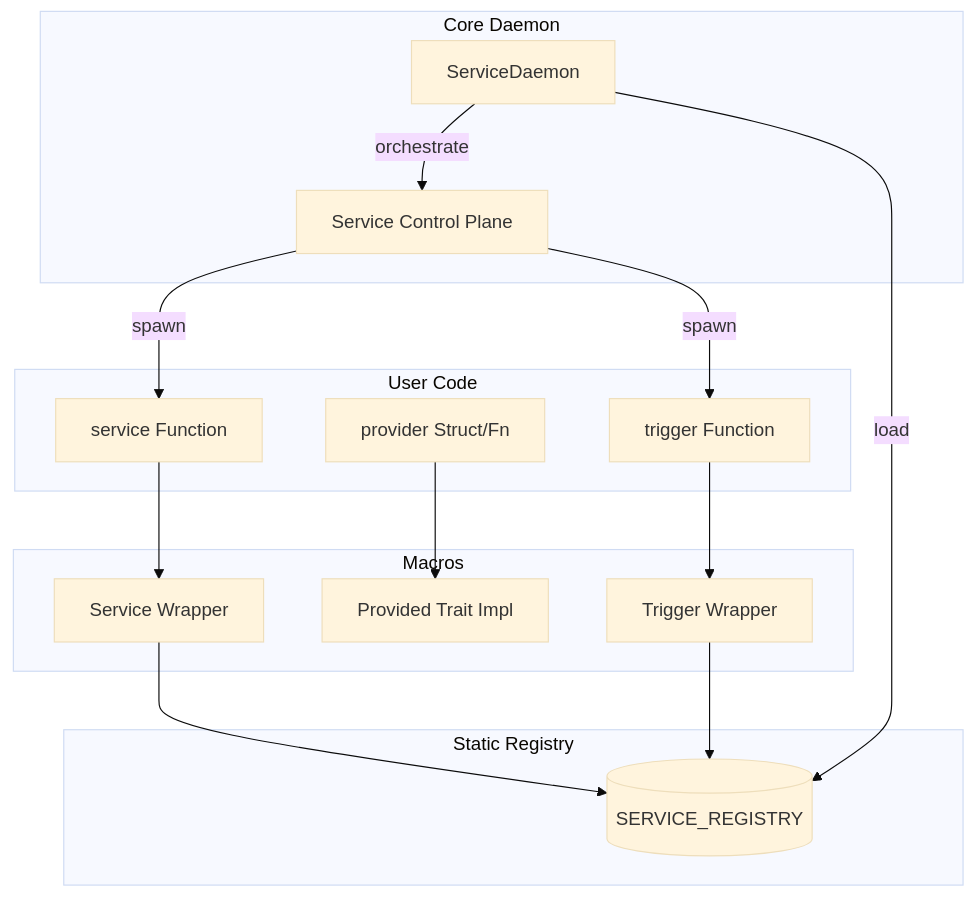
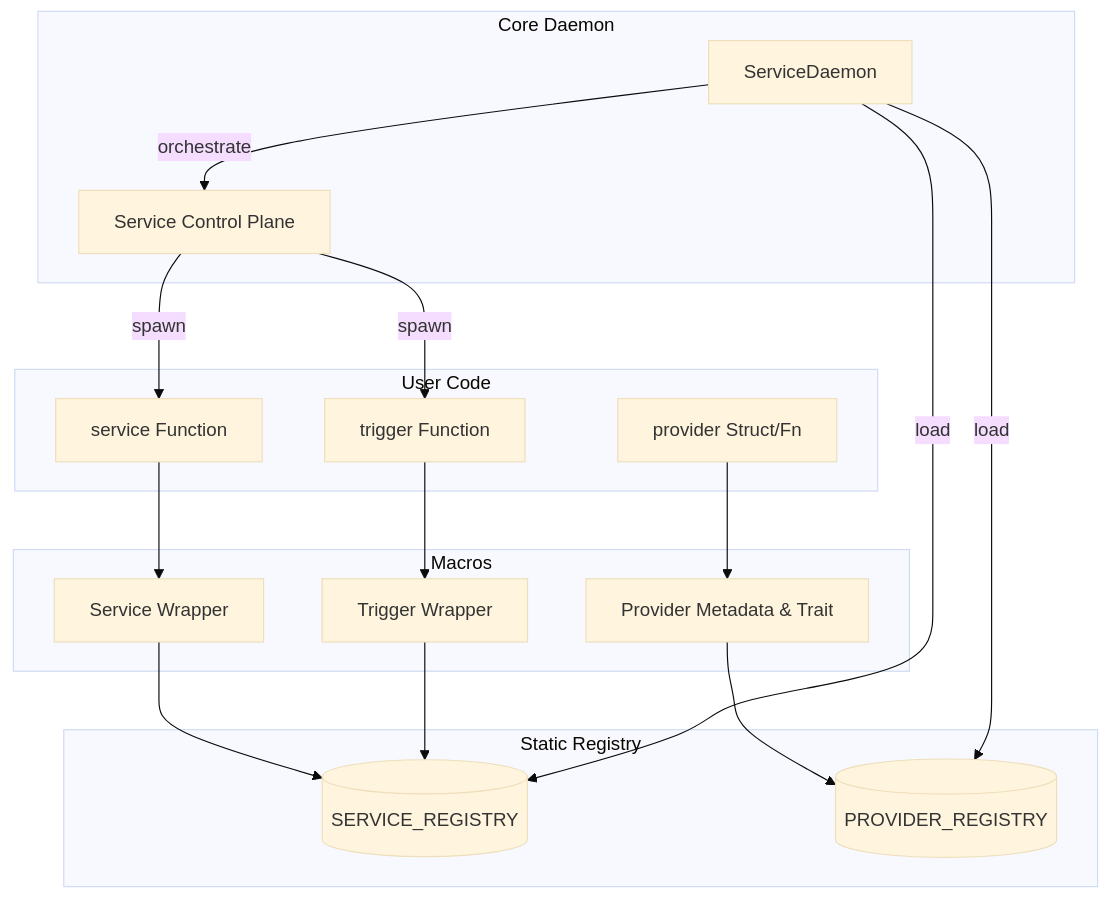
Before and after one commit to loft-games/service-daemon-rs: the first of 2 diagrams in docs/architecture/internal-overview.md, drawn with Mermaid (base theme). The commit also changed other lines of this file and 23 other files, not shown here.

Commit message:
feat: Implement compile-time dependency graph validation for services and providers, refactor macro codegen to use shared helpers for DI and watchers, and update service identity to use static names for improved performance.

````diff
--- a/docs/architecture/internal-overview.md
+++ b/docs/architecture/internal-overview.md
@@ -30,32 +30,33 @@
 ```mermaid
 graph TD
     subgraph User_Code ["User Code"]
         S["service Function"]
         P["provider Struct/Fn"]
         T["trigger Function"]
     end
 
     subgraph Macro_Gen ["Macros"]
         M_S[Service Wrapper]
-        M_P[Provided Trait Impl]
+        M_P[Provider Metadata & Trait]
         M_T[Trigger Wrapper]
     end
 
     subgraph Static_Registry ["Static Registry"]
         SR[("SERVICE_REGISTRY")]
+        PR[("PROVIDER_REGISTRY")]
     end
 
     subgraph Core_Daemon ["Core Daemon"]
         SD[ServiceDaemon]
         SCP[Service Control Plane]
     end
 
     S --> M_S --> SR
-    P --> M_P
+    P --> M_P --> PR
     T --> M_T --> SR
 
-    SD -->|load| SR
+    SD -->|load| SR & PR
     SD -->|orchestrate| SCP
     SCP -->|spawn| S
     SCP -->|spawn| T
 ```
````
